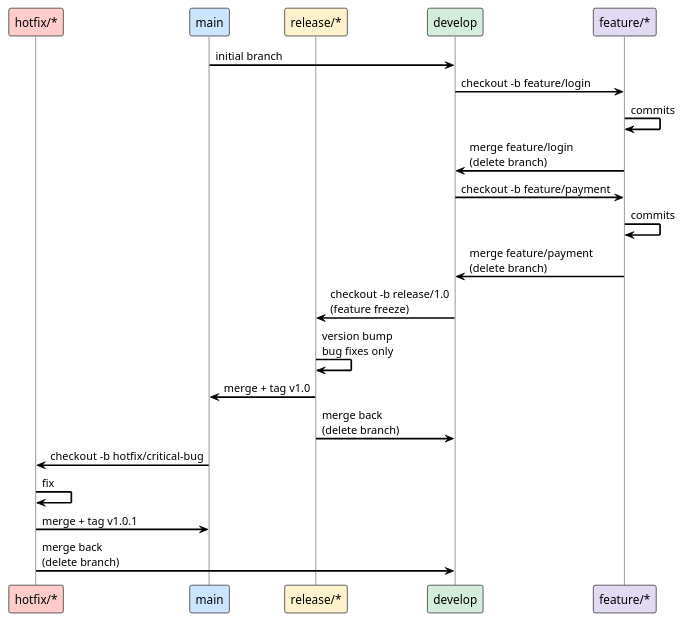
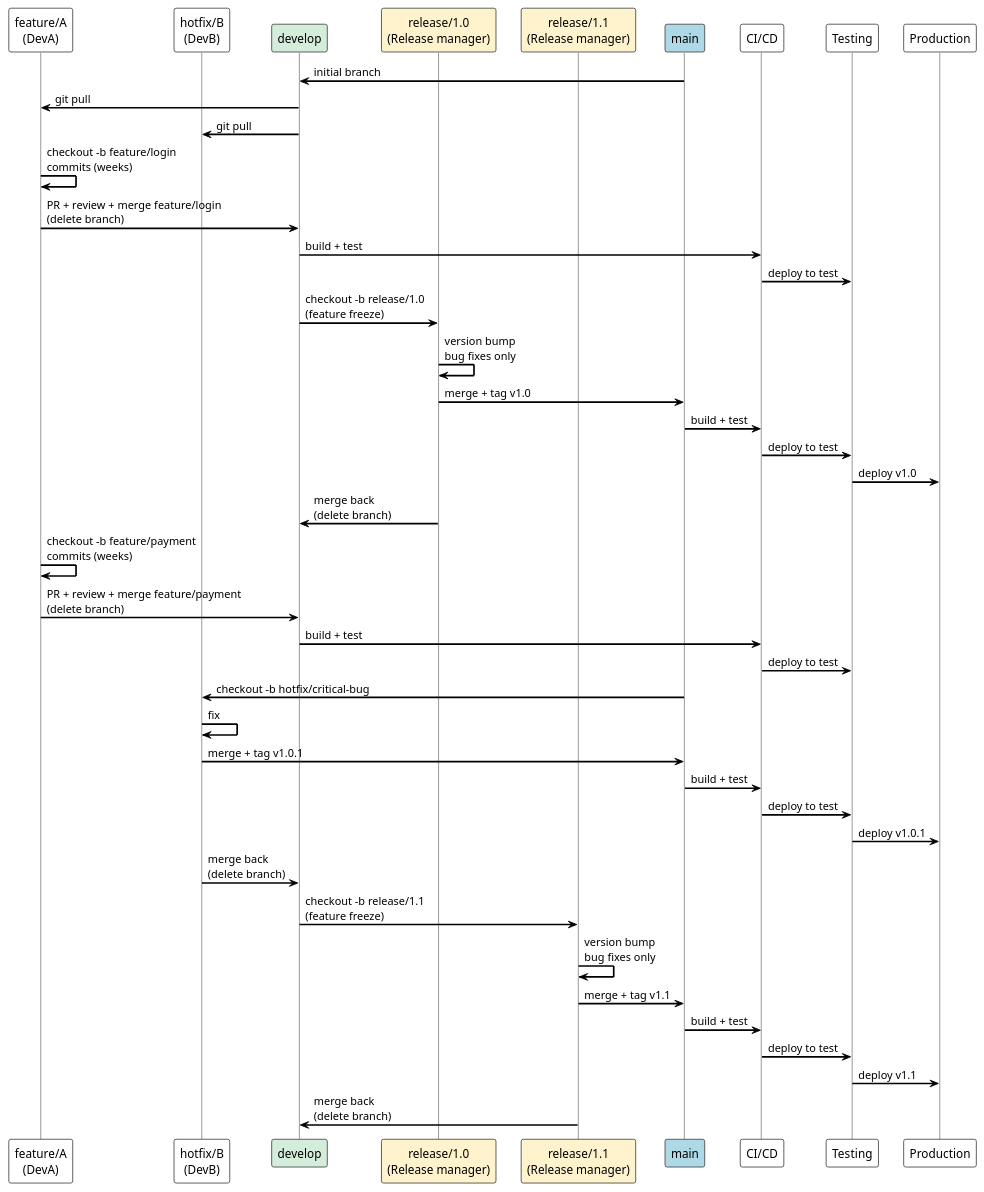
Before and after one commit to istergiou/istergiou: the first of 4 diagrams in git-workflow-gitflow.md, drawn with PlantUML. The commit also changed other lines of this file and 29 other files, not shown here.

First line of the commit message:
Add git workflow documentation with diagrams and research notes

````diff
--- a/git-workflow-gitflow.md
+++ b/git-workflow-gitflow.md
@@ -43,37 +50,60 @@
 ```plantuml
 @startuml
 !theme plain
 
 skinparam sequenceArrowThickness 2
 skinparam backgroundColor white
 skinparam sequenceParticipantBorderColor #444
 skinparam sequenceLifeLineBorderColor #888
 
-participant "hotfix/*" as HF #FFcccc
-participant "main" as MAIN #cce5ff
-participant "release/*" as REL #fff3cd
-participant "develop" as DEV #d4edda
-participant "feature/*" as FEAT #e2d9f3
+participant "feature/A\n(DevA)" as A
+participant "hotfix/B\n(DevB)" as B
+participant "develop" as D #d4edda
+participant "release/1.0\n(Release manager)" as R0 #fff3cd
+participant "release/1.1\n(Release manager)" as R1 #fff3cd
+participant "main" as M #LightBlue
+participant "CI/CD" as CI
+participant "Testing" as TST
+participant "Production" as P
 
-MAIN -> DEV : initial branch
+M -> D : initial branch
 
-DEV -> FEAT : checkout -b feature/login
-FEAT -> FEAT : commits
-FEAT -> DEV : merge feature/login\n(delete branch)
+D -> A : git pull
+D -> B : git pull
 
-DEV -> FEAT : checkout -b feature/payment
-FEAT -> FEAT : commits
-FEAT -> DEV : merge feature/payment\n(delete branch)
+A -> A : checkout -b feature/login\ncommits (weeks)
+A -> D : PR + review + merge feature/login\n(delete branch)
+D -> CI : build + test
+CI -> TST : deploy to test
 
-DEV -> REL : checkout -b release/1.0\n(feature freeze)
-REL -> REL : version bump\nbug fixes only
-REL -> MAIN : merge + tag v1.0
-REL -> DEV : merge back\n(delete branch)
+D -> R0 : checkout -b release/1.0\n(feature freeze)
+R0 -> R0 : version bump\nbug fixes only
+R0 -> M : merge + tag v1.0
+M -> CI : build + test
+CI -> TST : deploy to test
+TST -> P : deploy v1.0
+R0 -> D : merge back\n(delete branch)
 
-MAIN -> HF : checkout -b hotfix/critical-bug
-HF -> HF : fix
-HF -> MAIN : merge + tag v1.0.1
-HF -> DEV : merge back\n(delete branch)
+A -> A : checkout -b feature/payment\ncommits (weeks)
+A -> D : PR + review + merge feature/payment\n(delete branch)
+D -> CI : build + test
+CI -> TST : deploy to test
+
+M -> B : checkout -b hotfix/critical-bug
+B -> B : fix
+B -> M : merge + tag v1.0.1
+M -> CI : build + test
+CI -> TST : deploy to test
+TST -> P : deploy v1.0.1
+B -> D : merge back\n(delete branch)
+
+D -> R1 : checkout -b release/1.1\n(feature freeze)
+R1 -> R1 : version bump\nbug fixes only
+R1 -> M : merge + tag v1.1
+M -> CI : build + test
+CI -> TST : deploy to test
+TST -> P : deploy v1.1
+R1 -> D : merge back\n(delete branch)
 
 @enduml
 ```
````
